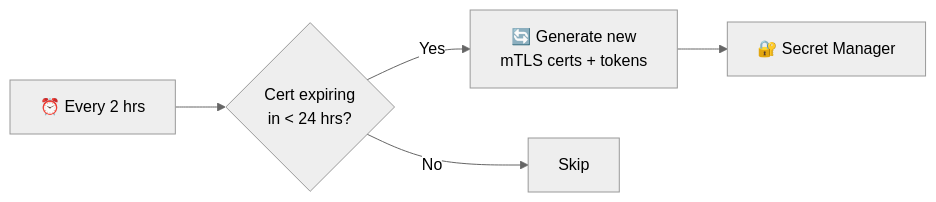
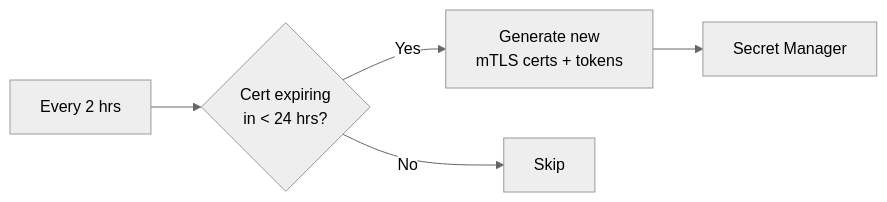
The second of 2 diagrams in README.md (stewartpark/private-llm), drawn with Mermaid (neutral theme) before and after one commit. The commit also changed other lines of this file and 28 other files, not shown here.

````diff
--- a/README.md
+++ b/README.md
@@ -109,7 +152,7 @@
 ```mermaid
 flowchart LR
-    Scheduler["⏰ Every 2 hrs"] --> Check{"Cert expiring<br/>in < 24 hrs?"}
-    Check -->|Yes| Rotate["🔄 Generate new<br/>mTLS certs + tokens"]
-    Rotate --> Secrets["🔐 Secret Manager"]
+    Scheduler["Every 2 hrs"] --> Check{"Cert expiring<br/>in < 24 hrs?"}
+    Check -->|Yes| Rotate["Generate new<br/>mTLS certs + tokens"]
+    Rotate --> Secrets["Secret Manager"]
     Check -->|No| Skip["Skip"]
 ```
````
